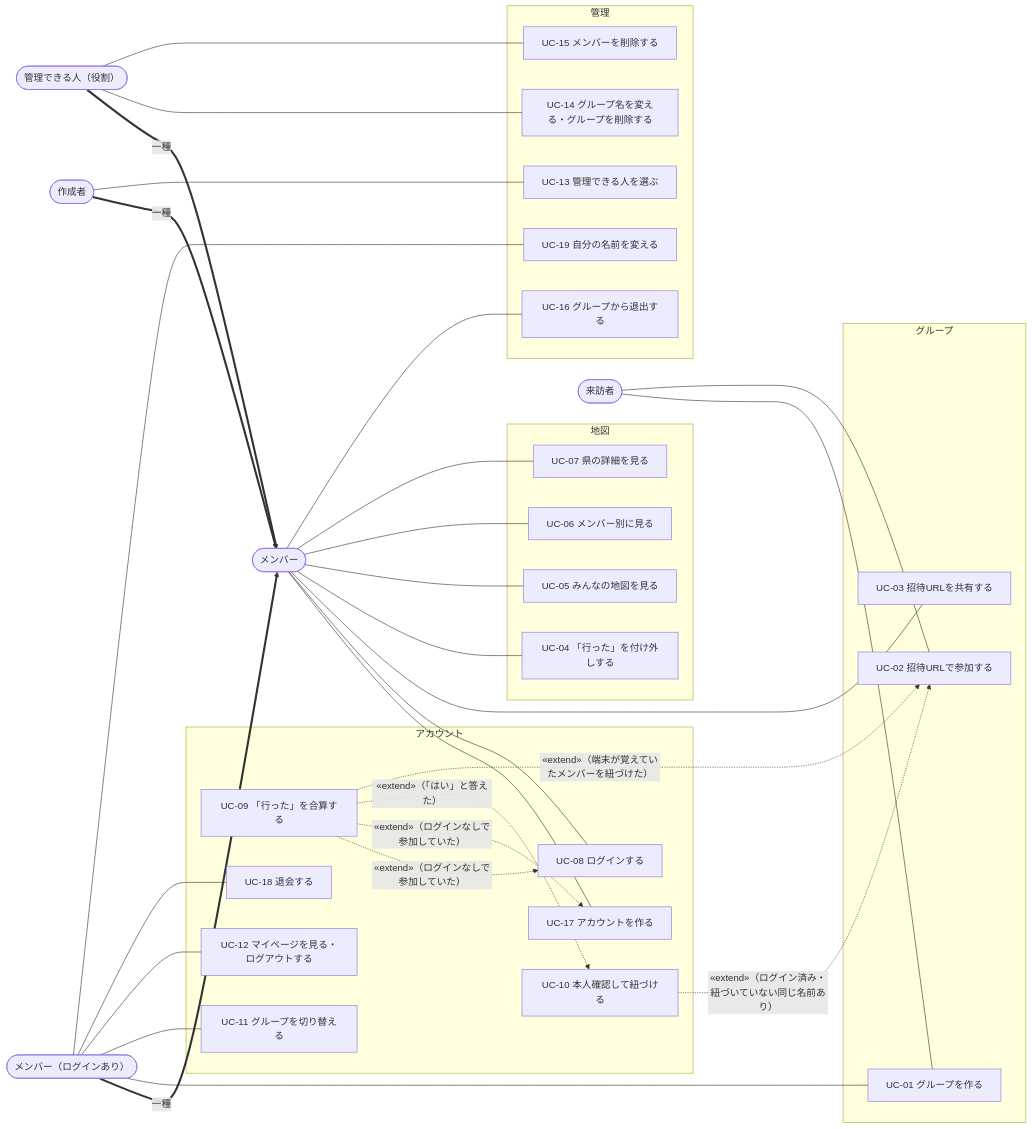
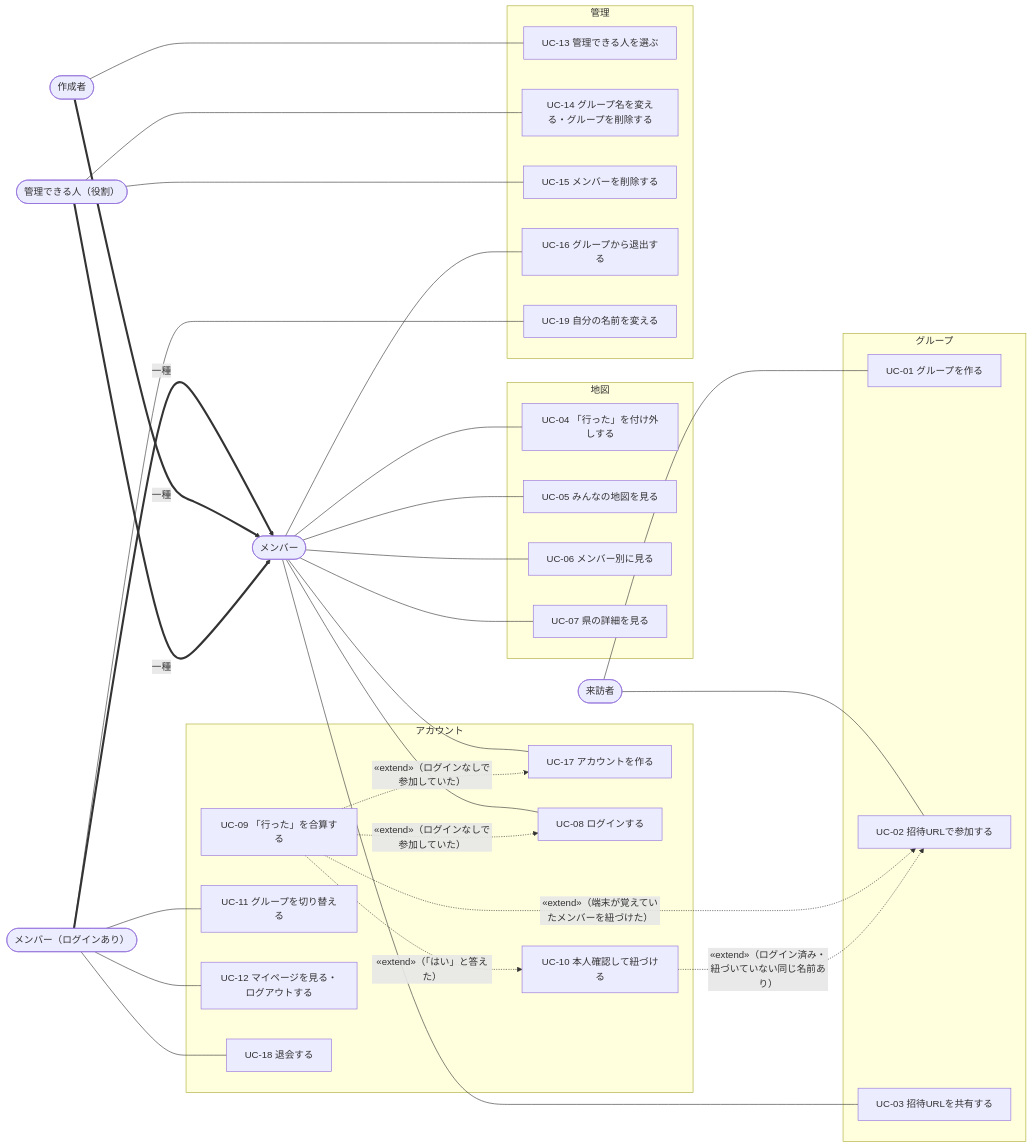
One commit to yuppy52/tabikaigi-map changed the diagram in docs/use-cases.md. Above: the diagram before and after it, drawn with Mermaid. The commit also changed other lines of this file and 9 other files, not shown here.

````diff
--- a/docs/use-cases.md
+++ b/docs/use-cases.md
@@ -21,64 +21,63 @@
 ```mermaid
 flowchart LR
   Visitor(["来訪者"])
   Member(["メンバー"])
   Login(["メンバー（ログインあり）"])
   Owner(["作成者"])
   Admin(["管理できる人（役割）"])
 
   Login == "一種" ==> Member
   Owner == "一種" ==> Member
   Admin == "一種" ==> Member
 
   subgraph G["グループ"]
     UC01["UC-01 グループを作る"]
     UC02["UC-02 招待URLで参加する"]
     UC03["UC-03 招待URLを共有する"]
   end
   subgraph M["地図"]
     UC04["UC-04 「行った」を付け外しする"]
     UC05["UC-05 みんなの地図を見る"]
     UC06["UC-06 メンバー別に見る"]
     UC07["UC-07 県の詳細を見る"]
   end
   subgraph A["アカウント"]
     UC17["UC-17 アカウントを作る"]
     UC08["UC-08 ログインする"]
     UC09["UC-09 「行った」を合算する"]
     UC10["UC-10 本人確認して紐づける"]
     UC11["UC-11 グループを切り替える"]
     UC12["UC-12 マイページを見る・ログアウトする"]
     UC18["UC-18 退会する"]
   end
   subgraph S["管理"]
     UC13["UC-13 管理できる人を選ぶ"]
     UC14["UC-14 グループ名を変える・グループを削除する"]
     UC15["UC-15 メンバーを削除する"]
     UC16["UC-16 グループから退出する"]
     UC19["UC-19 自分の名前を変える"]
   end
 
   Visitor --- UC01
-  Login --- UC01
   Visitor --- UC02
   Member --- UC03
   Member --- UC04
   Member --- UC05
   Member --- UC06
   Member --- UC07
   Member --- UC17
   Member --- UC08
   Member --- UC16
   Login --- UC11
   Login --- UC12
   Login --- UC18
   Login --- UC19
   Owner --- UC13
   Admin --- UC14
   Admin --- UC15
   UC09 -. "«extend»（ログインなしで参加していた）" .-> UC08
   UC09 -. "«extend»（ログインなしで参加していた）" .-> UC17
   UC09 -. "«extend»（「はい」と答えた）" .-> UC10
   UC09 -. "«extend»（端末が覚えていたメンバーを紐づけた）" .-> UC02
   UC10 -. "«extend»（ログイン済み・紐づいていない同じ名前あり）" .-> UC02
 ```
````
